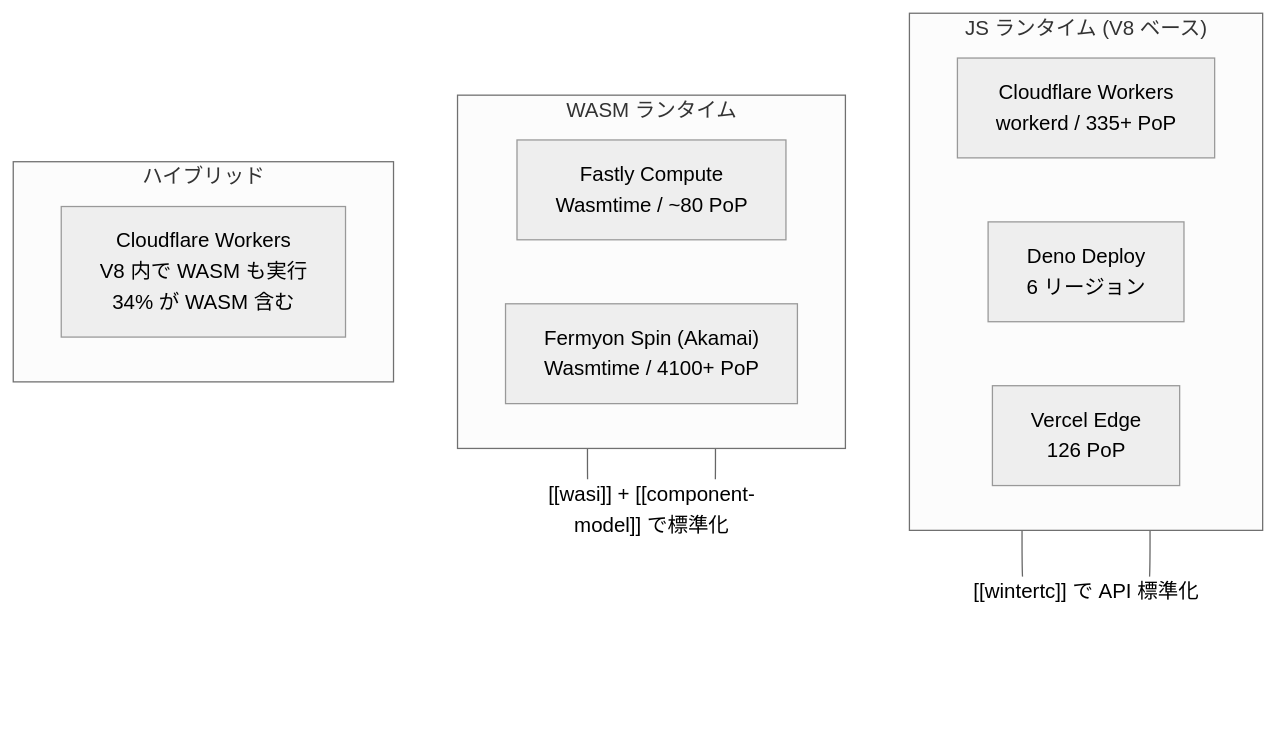
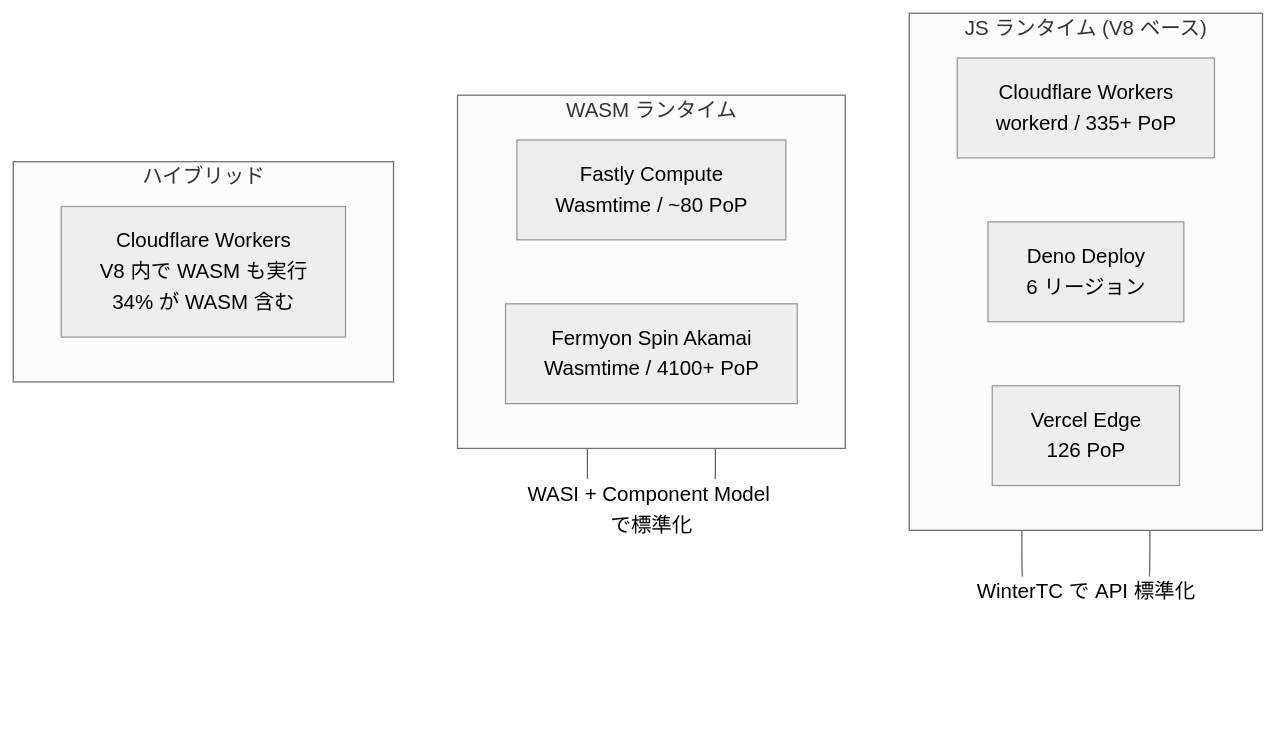
The fifth of 8 diagrams in vault/edge-wasm-landscape.md (O6lvl4/O6lvl4-knowledge), drawn with Mermaid (neutral theme) before and after one commit. The commit also changed other lines of this file, not shown here.

Commit message:
Remove wikilinks from Mermaid blocks for proper rendering

````diff
--- a/vault/edge-wasm-landscape.md
+++ b/vault/edge-wasm-landscape.md
@@ -148,20 +148,20 @@
 ```mermaid
 graph TB
     subgraph JS["JS ランタイム (V8 ベース)"]
         CF["Cloudflare Workers<br/>workerd / 335+ PoP"]
         Deno["Deno Deploy<br/>6 リージョン"]
         Vercel["Vercel Edge<br/>126 PoP"]
     end
 
-    subgraph WASM_RT["WASM ランタイム"]
+    subgraph WR["WASM ランタイム"]
         Fastly["Fastly Compute<br/>Wasmtime / ~80 PoP"]
-        Spin["Fermyon Spin (Akamai)<br/>Wasmtime / 4100+ PoP"]
+        Spin["Fermyon Spin Akamai<br/>Wasmtime / 4100+ PoP"]
     end
 
     subgraph Hybrid["ハイブリッド"]
         CFW["Cloudflare Workers<br/>V8 内で WASM も実行<br/>34% が WASM 含む"]
     end
 
-    JS ---|"[[wintertc]] で API 標準化"| JS
-    WASM_RT ---|"[[wasi]] + [[component-model]] で標準化"| WASM_RT
+    JS ---|"WinterTC で API 標準化"| JS
+    WR ---|"WASI + Component Model で標準化"| WR
 ```
````
